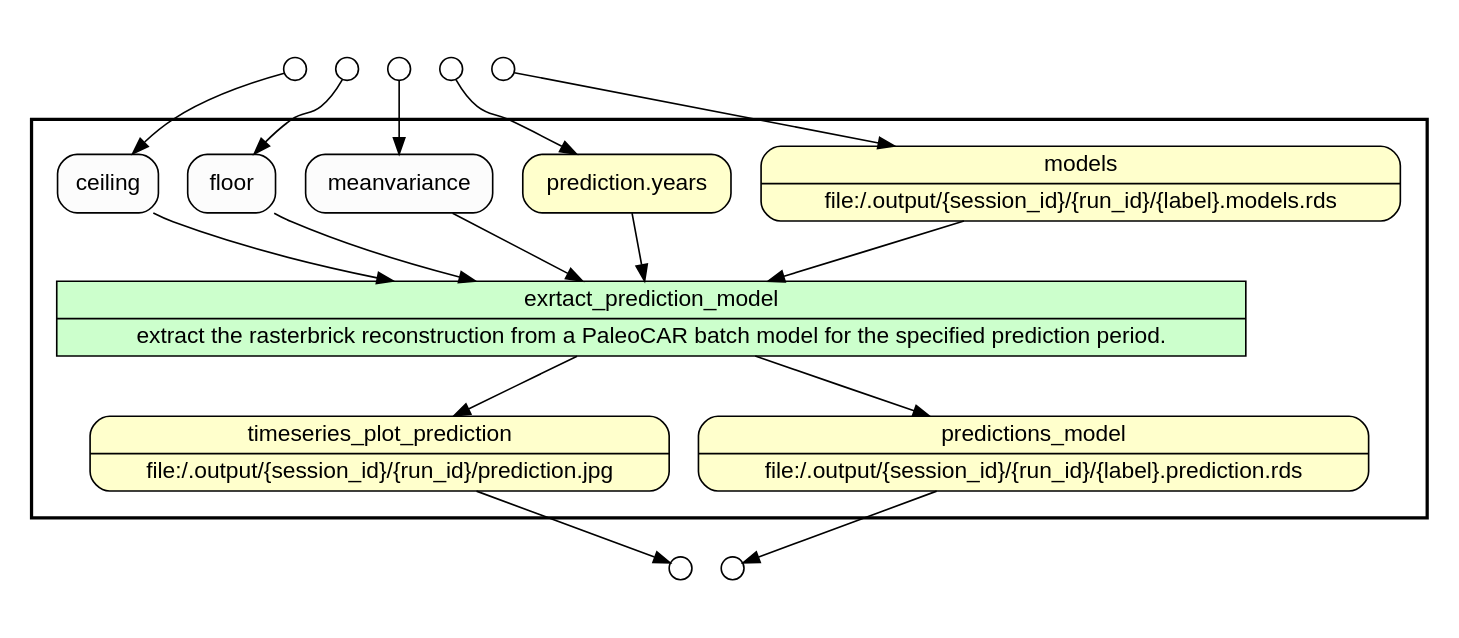
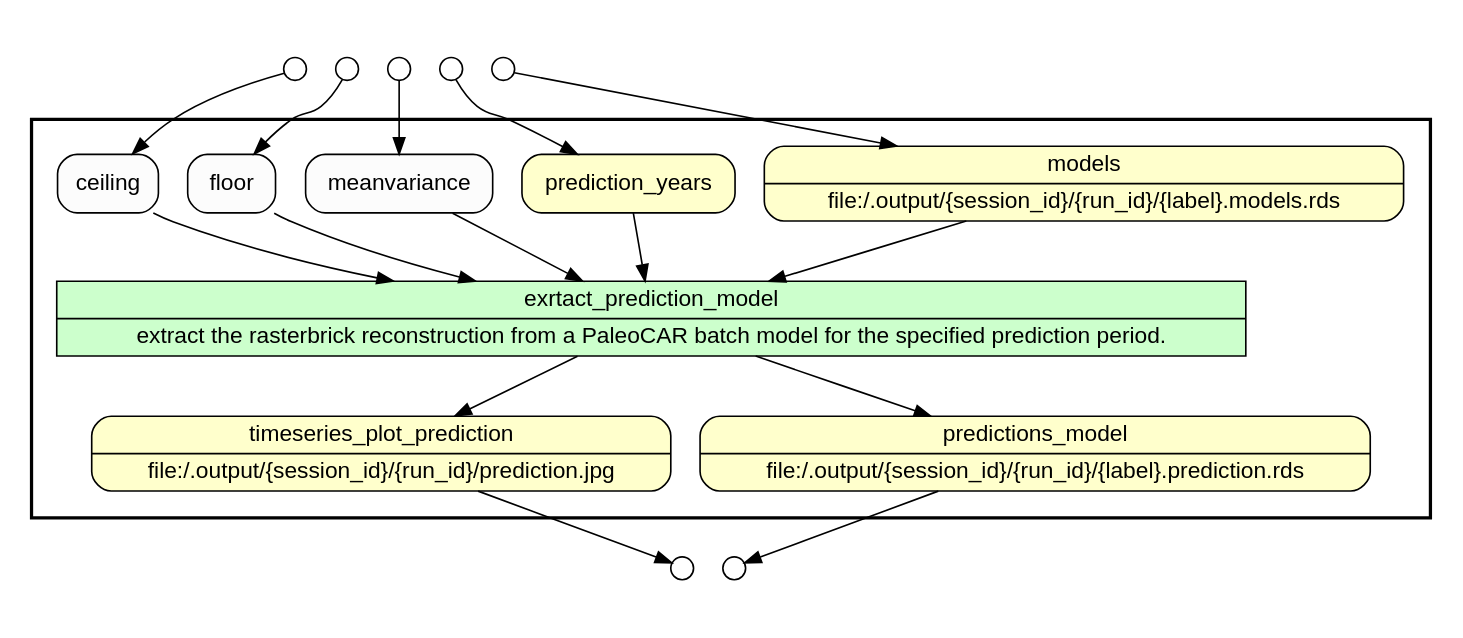
The diagram in .prov_scripts/gv_files/predict_paleocar_models.gv (idaks/wt-prov-Summer-2017), drawn with Graphviz before and after one commit. The commit also changed 121 other files, not shown here.

```diff
--- a/.prov_scripts/gv_files/predict_paleocar_models.gv
+++ b/.prov_scripts/gv_files/predict_paleocar_models.gv
@@ -1,48 +1,48 @@
 digraph Workflow {
 rankdir=TB
 fontname=Helvetica; fontsize=18; labelloc=t
 label=""
 subgraph cluster_workflow_box_outer { label=""; color=black; penwidth=2
 subgraph cluster_workflow_box_inner { label=""; penwidth=0
 node[shape=box style=filled fillcolor="#CCFFCC" peripheries=1 fontname=Helvetica]
 exrtact_prediction_model [shape=record rankdir=LR label="{<f0> exrtact_prediction_model |<f1> extract the rasterbrick reconstruction from a PaleoCAR batch model for the specified prediction period.}"];
 node[shape=box style="rounded,filled" fillcolor="#FFFFCC" peripheries=1 fontname=Helvetica]
 timeseries_plot_prediction [shape=record rankdir=LR label="{<f0> timeseries_plot_prediction |<f1> file\:/.output/\{session_id\}/\{run_id\}/prediction.jpg}"];
 predictions_model [shape=record rankdir=LR label="{<f0> predictions_model |<f1> file\:/.output/\{session_id\}/\{run_id\}/\{label\}.prediction.rds}"];
 models [shape=record rankdir=LR label="{<f0> models |<f1> file\:/.output/\{session_id\}/\{run_id\}/\{label\}.models.rds}"];
-"prediction.years"
+prediction_years
 node[shape=box style="rounded,filled" fillcolor="#FCFCFC" peripheries=1 fontname=Helvetica]
 meanvariance
 floor
 ceiling
 exrtact_prediction_model -> timeseries_plot_prediction
 exrtact_prediction_model -> predictions_model
 meanvariance -> exrtact_prediction_model
 floor -> exrtact_prediction_model
 models -> exrtact_prediction_model
 ceiling -> exrtact_prediction_model
-"prediction.years" -> exrtact_prediction_model
+prediction_years -> exrtact_prediction_model
 }}
 subgraph cluster_input_ports_group_outer { label=""; penwidth=0
 subgraph cluster_input_ports_group_inner { label=""; penwidth=0
 node[shape=circle style="rounded,filled" fillcolor="#FFFFFF" peripheries=1 fontname=Helvetica width=0.2]
 meanvariance_input_port [label=""]
 floor_input_port [label=""]
 models_input_port [label=""]
 ceiling_input_port [label=""]
-"prediction.years_input_port" [label=""]
+prediction_years_input_port [label=""]
 }}
 subgraph cluster_output_ports_group_outer { label=""; penwidth=0
 subgraph cluster_output_ports_group_inner { label=""; penwidth=0
 node[shape=circle style="rounded,filled" fillcolor="#FFFFFF" peripheries=1 fontname=Helvetica width=0.2]
 timeseries_plot_prediction_output_port [label=""]
 predictions_model_output_port [label=""]
 }}
 meanvariance_input_port -> meanvariance
 floor_input_port -> floor
 models_input_port -> models
 ceiling_input_port -> ceiling
-"prediction.years_input_port" -> "prediction.years"
+prediction_years_input_port -> prediction_years
 timeseries_plot_prediction -> timeseries_plot_prediction_output_port
 predictions_model -> predictions_model_output_port
 }
```
